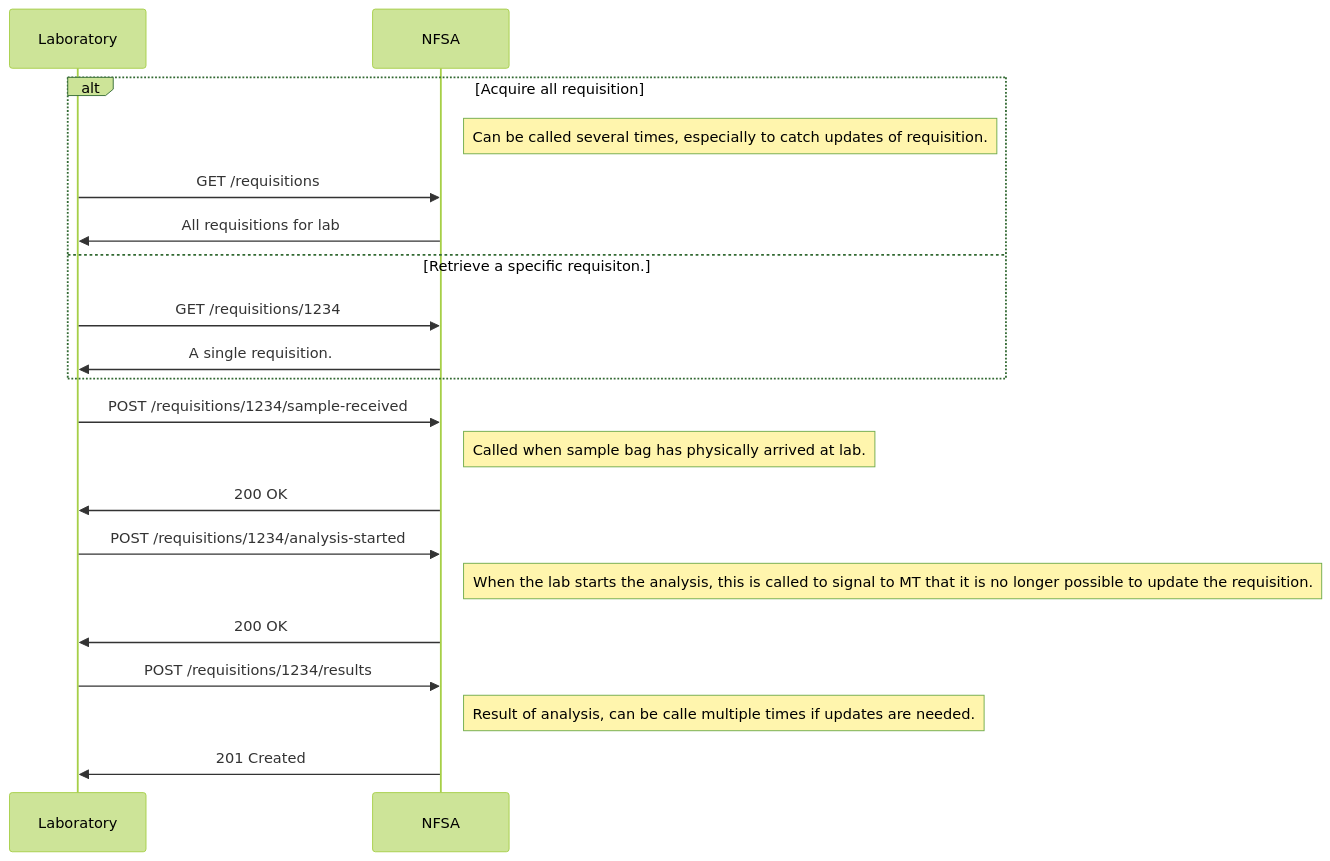
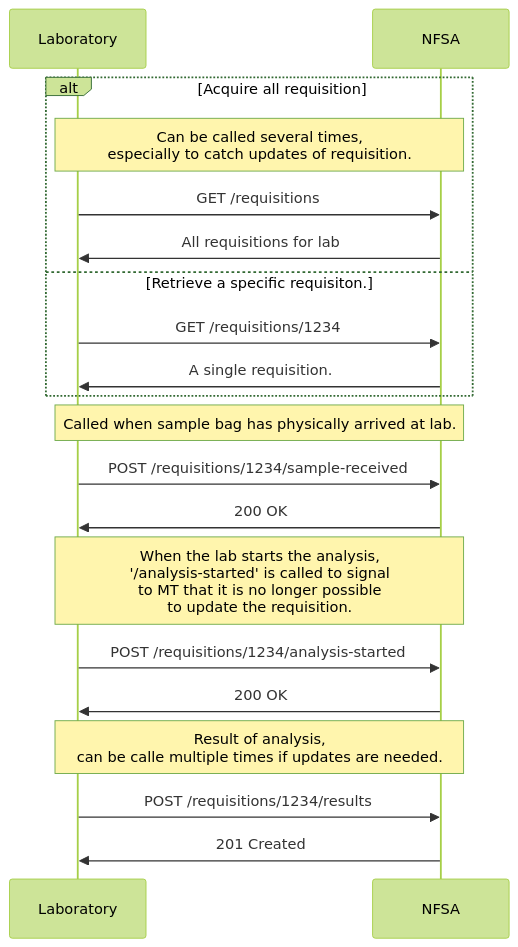
One commit to Mattilsynet/provetaking-labintegration changed the second of 2 diagrams in README.md. Above: the diagram before and after it, drawn with Mermaid (forest theme). The commit also changed other lines of this file, not shown here.

````diff
--- a/README.md
+++ b/README.md
@@ -21,22 +21,24 @@
 ```mermaid
 sequenceDiagram
     participant LAB as Laboratory
     participant MT as NFSA
     alt Acquire all requisition
-        Note right of MT: Can be called several times, especially to catch updates of requisition.
+        Note over LAB,MT: Can be called several times,<br/> especially to catch updates of requisition.
         LAB->>MT: GET /requisitions
         MT->>LAB: All requisitions for lab
     else Retrieve a specific requisiton.
         LAB->>MT: GET /requisitions/1234
         MT->>LAB: A single requisition.
     end
-    LAB->>MT: POST /requisitions/1234/sample-received
-    Note right of MT: Called when sample bag has physically arrived at lab.
+    Note over LAB,MT: Called when sample bag has physically arrived at lab.
+    LAB->>MT: POST /requisitions/1234/sample-received   
     MT->>LAB: 200 OK
+
+    Note over LAB,MT: When the lab starts the analysis,<br/> '/analysis-started' is called to signal<br/> to MT that it is no longer possible<br/> to update the requisition.
     LAB->>MT: POST /requisitions/1234/analysis-started
-    Note right of MT: When the lab starts the analysis, this is called to signal to MT that it is no longer possible to update the requisition.
     MT->>LAB: 200 OK
+
+    Note over LAB,MT: Result of analysis,<br/> can be calle multiple times if updates are needed.
     LAB->>MT: POST /requisitions/1234/results
-    Note right of MT: Result of analysis, can be calle multiple times if updates are needed.
     MT->>LAB: 201 Created
 ```
````
